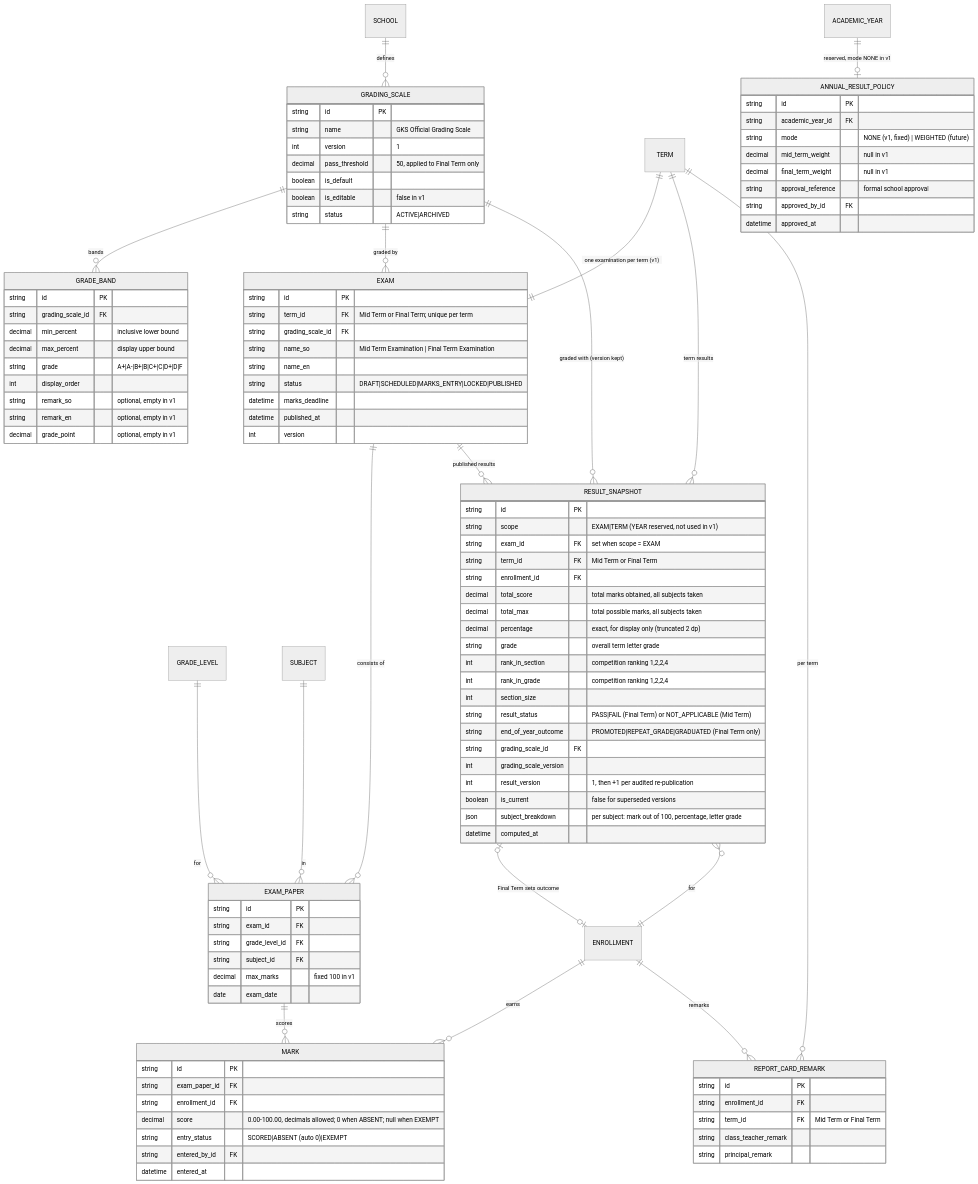
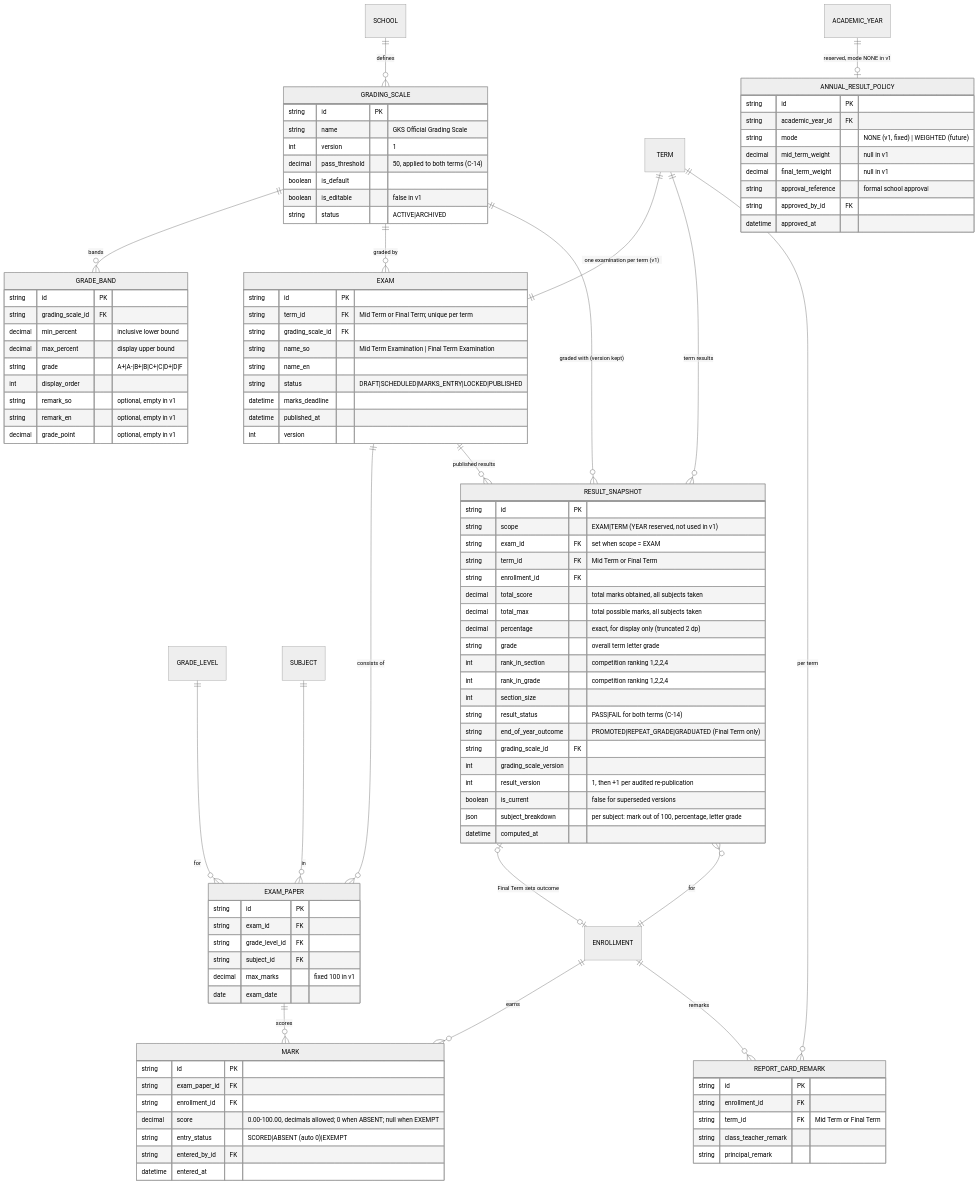
Before and after one commit to ismacil87/Gol-khatumo: the seventh of 10 diagrams in docs/phase-1/03-database-erd.md, drawn with Mermaid (neutral theme). The commit also changed other lines of this file and 9 other files, not shown here.

First line of the commit message:
docs: four-part names (C-12), mandatory guardian contact (C-13), Mid Term PASS/FAIL (C-14)

```diff
--- a/docs/phase-1/03-database-erd.md
+++ b/docs/phase-1/03-database-erd.md
@@ -496,7 +499,7 @@
     string id PK
     string name "GKS Official Grading Scale"
     int version "1"
-    decimal pass_threshold "50, applied to Final Term only"
+    decimal pass_threshold "50, applied to both terms (C-14)"
     boolean is_default
     boolean is_editable "false in v1"
     string status "ACTIVE|ARCHIVED"
@@ -525,7 +528,7 @@
     int rank_in_section "competition ranking 1,2,2,4"
     int rank_in_grade "competition ranking 1,2,2,4"
     int section_size
-    string result_status "PASS|FAIL (Final Term) or NOT_APPLICABLE (Mid Term)"
+    string result_status "PASS|FAIL for both terms (C-14)"
     string end_of_year_outcome "PROMOTED|REPEAT_GRADE|GRADUATED (Final Term only)"
     string grading_scale_id FK
     int grading_scale_version
```
